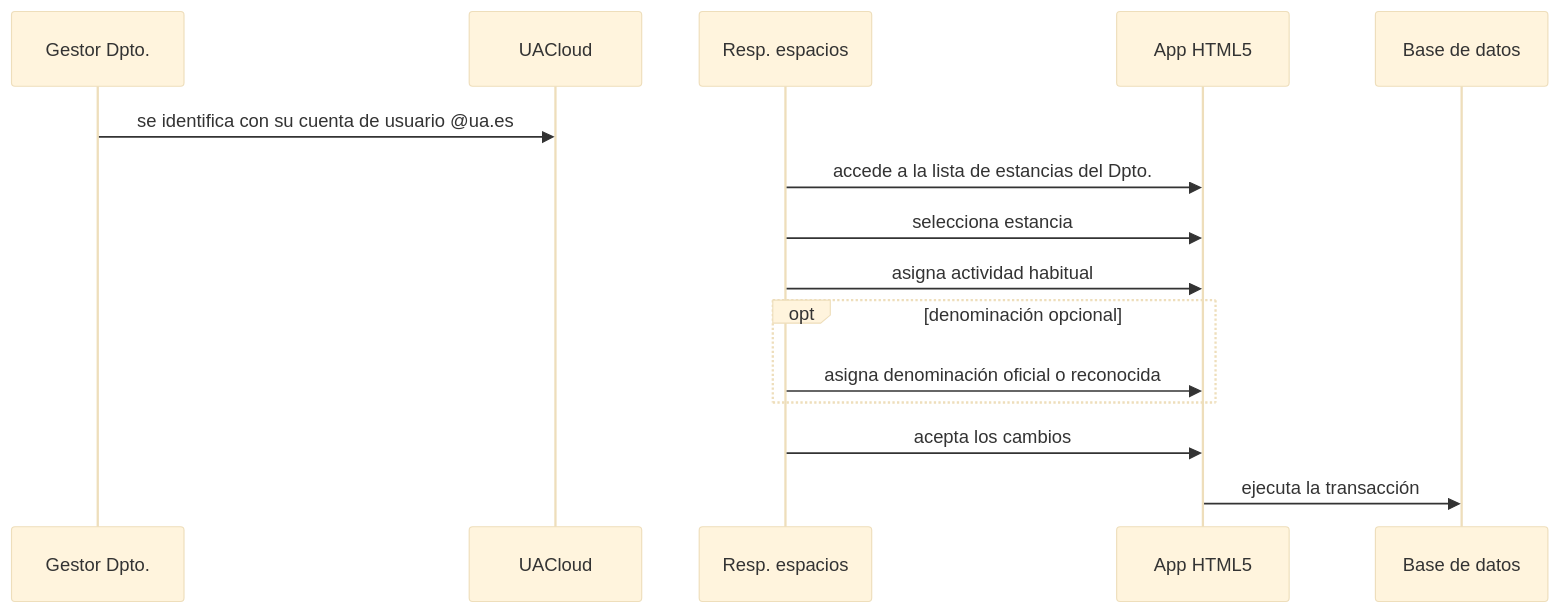
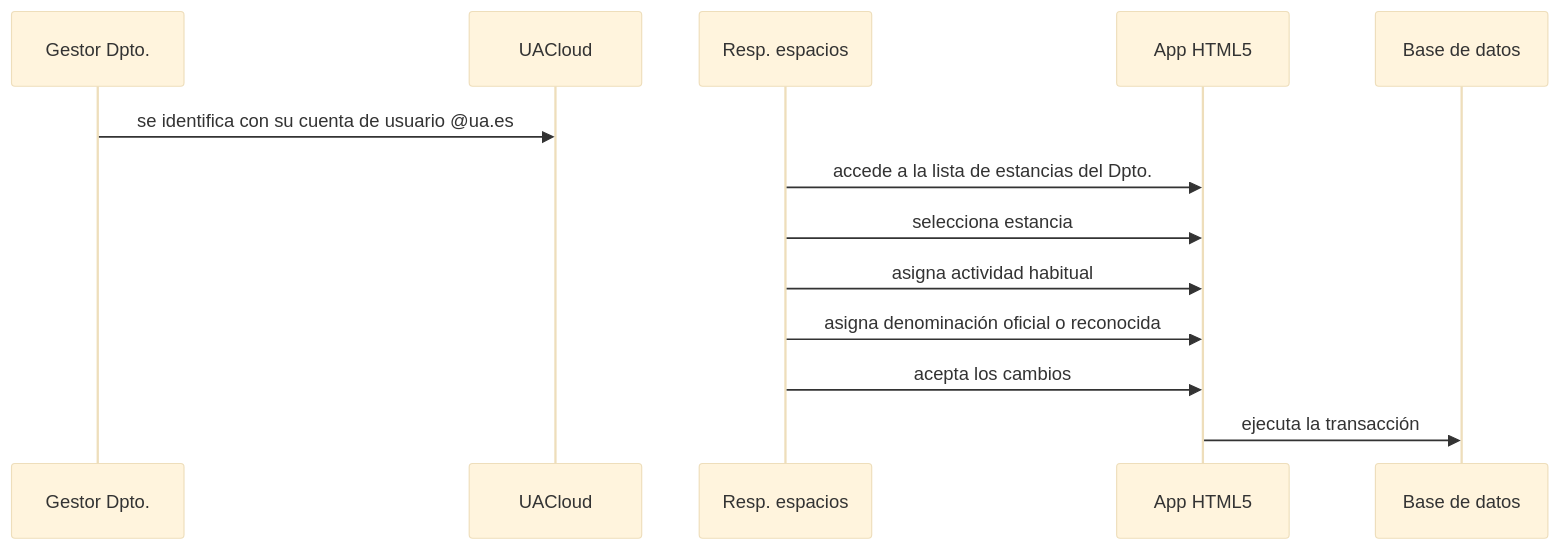
The diagram in ds03.md (labgeo/ua-mods), drawn with Mermaid (base theme) before and after one commit.

```diff
--- a/ds03.md
+++ b/ds03.md
@@ -5,12 +5,10 @@
 {% mermaid %}
 sequenceDiagram;
   Gestor Dpto.->>UACloud: se identifica con su cuenta de usuario @ua.es;
   Resp. espacios->>App HTML5: accede a la lista de estancias del Dpto.;
   Resp. espacios->>App HTML5: selecciona estancia;
   Resp. espacios->>App HTML5: asigna actividad habitual;
-  opt denominación opcional
-    Resp. espacios->>App HTML5: asigna denominación oficial o reconocida;
-  end;
+  Resp. espacios->>App HTML5: asigna denominación oficial o reconocida;
   Resp. espacios->>App HTML5: acepta los cambios;
   App HTML5->>Base de datos: ejecuta la transacción;
 {% endmermaid %}
```
